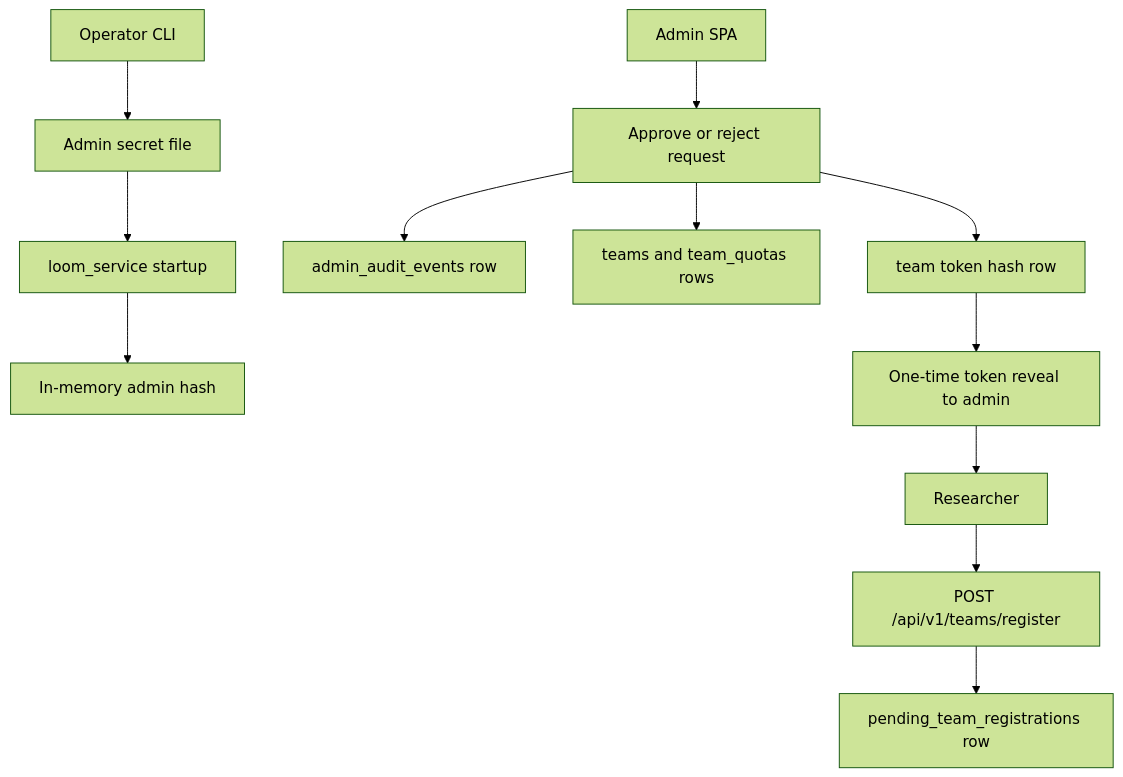
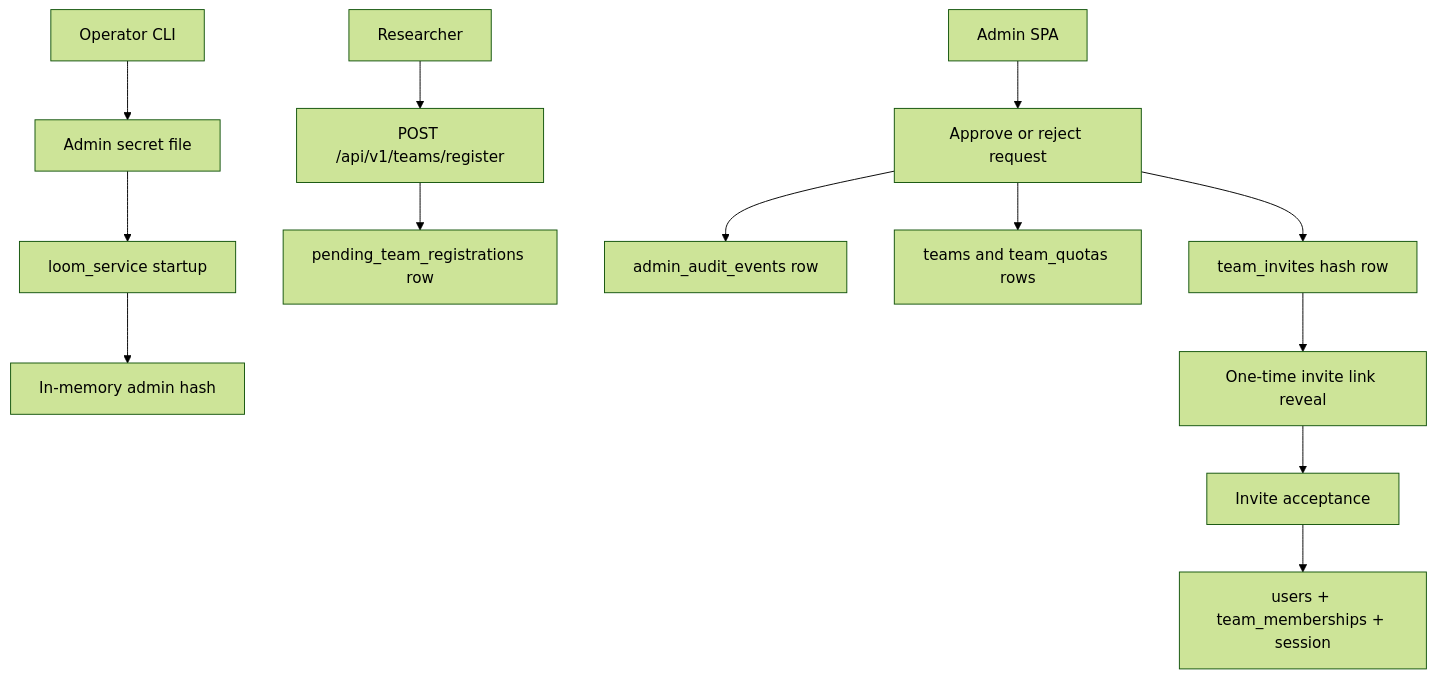
One commit to qianyi-sun/loom changed the diagram in docs/architecture/auth-registration-spec.md. Above: the diagram before and after it, drawn with Mermaid (forest theme). The commit also changed other lines of this file and 23 other files, not shown here.

Commit message:
feat(auth): add invite onboarding flow (#338)

````diff
--- a/docs/architecture/auth-registration-spec.md
+++ b/docs/architecture/auth-registration-spec.md
@@ -44,14 +43,15 @@
 ```mermaid
 flowchart TD
   AdminCLI["Operator CLI"] --> SecretFile["Admin secret file"]
   SecretFile --> ServiceStartup["loom_service startup"]
   ServiceStartup --> AdminAuth["In-memory admin hash"]
   Researcher["Researcher"] --> Register["POST /api/v1/teams/register"]
   Register --> Pending["pending_team_registrations row"]
   AdminSPA["Admin SPA"] --> Approve["Approve or reject request"]
   Approve --> Audit["admin_audit_events row"]
   Approve --> Team["teams and team_quotas rows"]
-  Approve --> Token["team token hash row"]
-  Token --> Reveal["One-time token reveal to admin"]
-  Reveal --> Researcher
+  Approve --> Invite["team_invites hash row"]
+  Invite --> Reveal["One-time invite link reveal"]
+  Reveal --> Accept["Invite acceptance"]
+  Accept --> Membership["users + team_memberships + session"]
 ```
````
